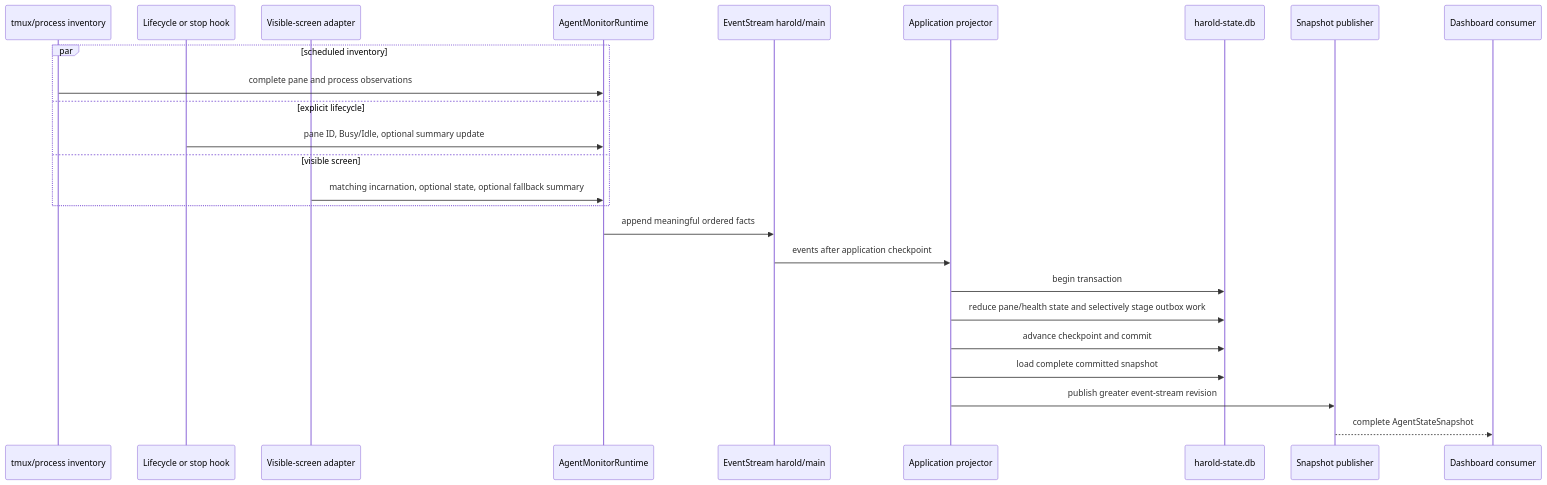
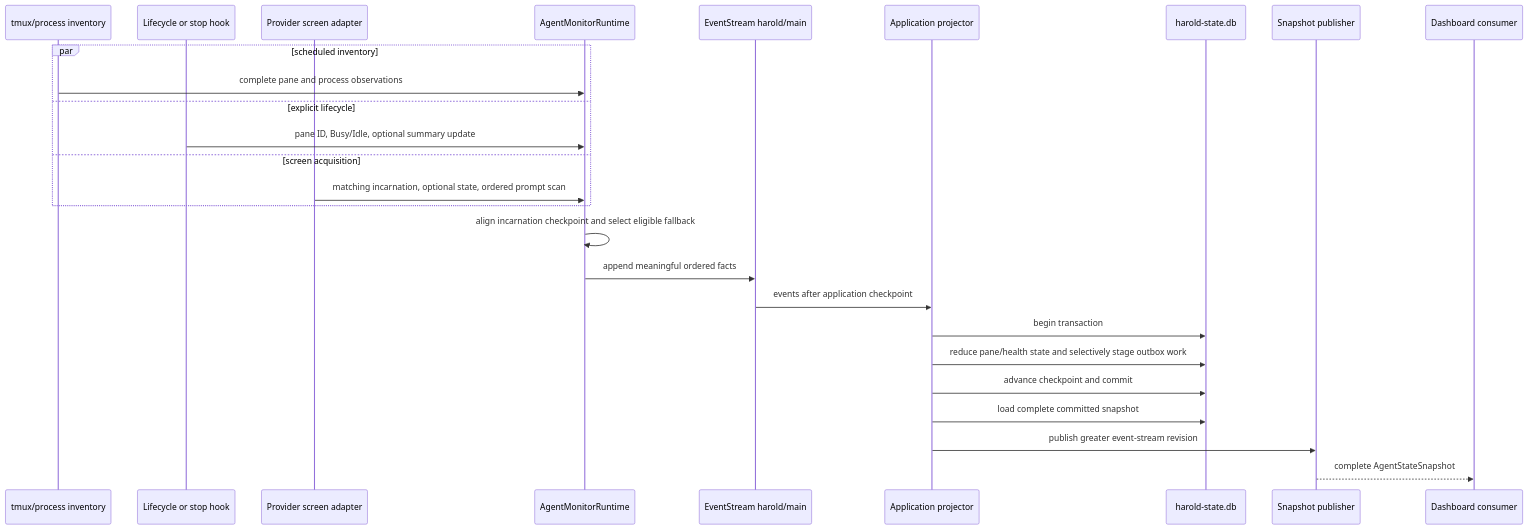
The first of 2 diagrams in docs/references/agent-monitor/README.md (kahgeh/harold), drawn with Mermaid before and after one commit. The commit also changed other lines of this file and 39 other files, not shown here.

````diff
--- a/docs/references/agent-monitor/README.md
+++ b/docs/references/agent-monitor/README.md
@@ -64,28 +64,29 @@
 ```mermaid
 sequenceDiagram
     participant Inventory as tmux/process inventory
     participant Hook as Lifecycle or stop hook
-    participant Screen as Visible-screen adapter
+    participant Screen as Provider screen adapter
     participant Runtime as AgentMonitorRuntime
     participant Events as EventStream harold/main
     participant Projector as Application projector
     participant StateDB as harold-state.db
     participant Hub as Snapshot publisher
     participant Dashboard as Dashboard consumer
 
     par scheduled inventory
         Inventory->>Runtime: complete pane and process observations
     and explicit lifecycle
         Hook->>Runtime: pane ID, Busy/Idle, optional summary update
-    and visible screen
-        Screen->>Runtime: matching incarnation, optional state, optional fallback summary
+    and screen acquisition
+        Screen->>Runtime: matching incarnation, optional state, ordered prompt scan
     end
+    Runtime->>Runtime: align incarnation checkpoint and select eligible fallback
     Runtime->>Events: append meaningful ordered facts
     Events->>Projector: events after application checkpoint
     Projector->>StateDB: begin transaction
     Projector->>StateDB: reduce pane/health state and selectively stage outbox work
     Projector->>StateDB: advance checkpoint and commit
     Projector->>StateDB: load complete committed snapshot
     Projector->>Hub: publish greater event-stream revision
     Hub-->>Dashboard: complete AgentStateSnapshot
 ```
````
